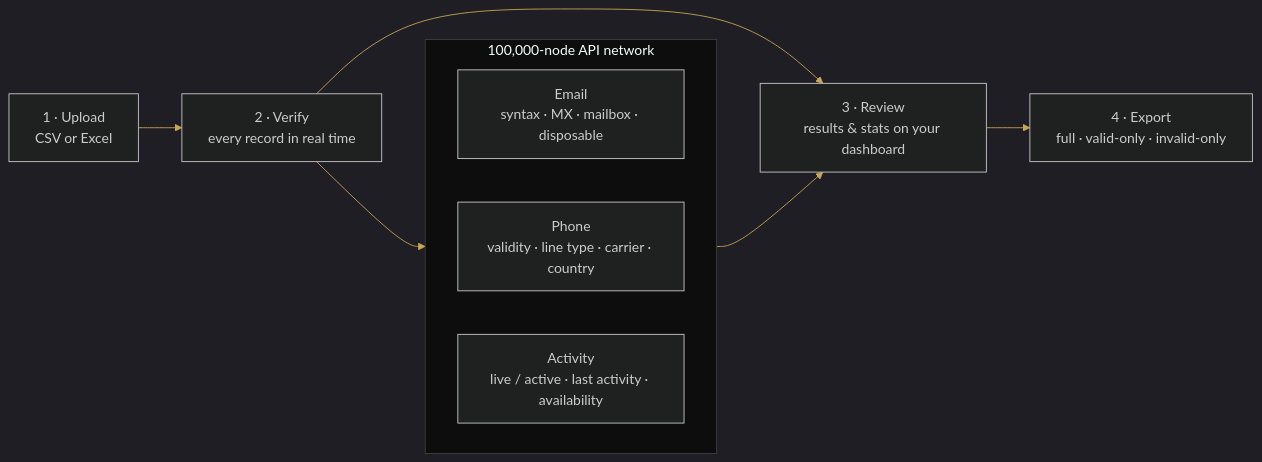
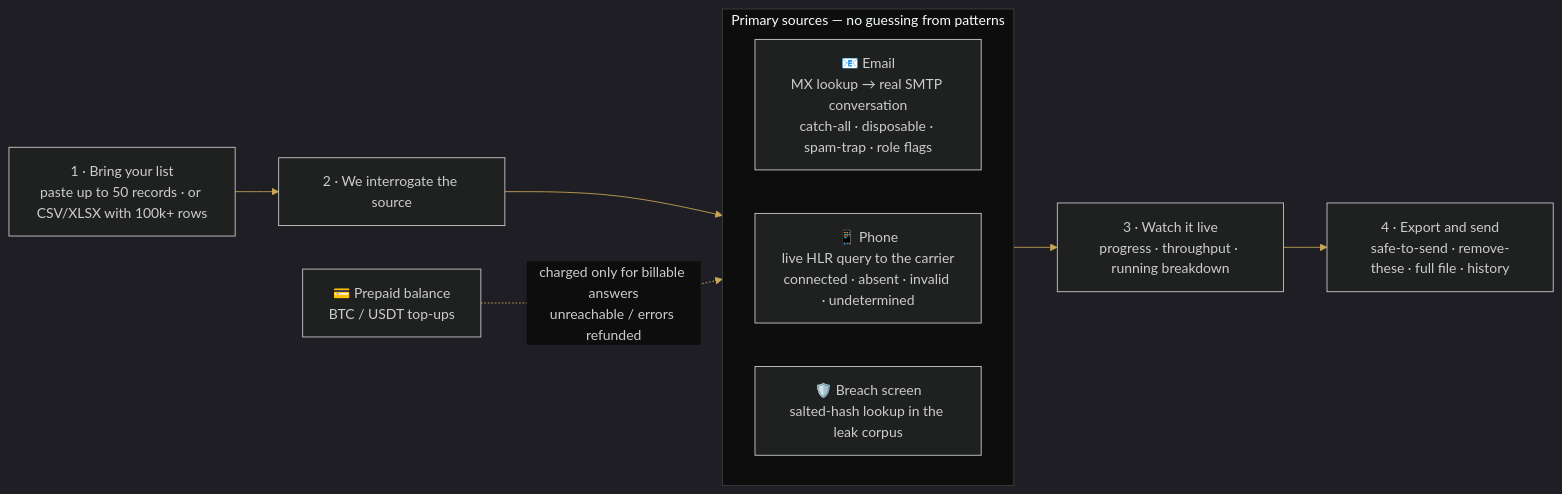
One commit to deepdrogo/verifhub-ai changed the diagram in README.md. Above: the diagram before and after it, drawn with Mermaid. The commit also changed other lines of this file and 10 other files, not shown here.

Commit message:
VerifHub AI — redesigned verifhub.ai: live SMTP + HLR, breach screening, result classes, new screenshots

````diff
--- a/README.md
+++ b/README.md
@@ -110,14 +174,14 @@
 ```mermaid
 %%{init: {'theme': 'dark', 'themeVariables': { 'primaryColor': '#1a1a1a', 'primaryTextColor': '#ffffff', 'primaryBorderColor': '#c9a855', 'lineColor': '#c9a855', 'secondaryColor': '#0d0d0d', 'tertiaryColor': '#0d0d0d', 'clusterBkg': '#0d0d0d', 'clusterBorder': '#404040', 'edgeLabelBackground': '#0d0d0d', 'fontFamily': 'Inter, Segoe UI, sans-serif' } } }%%
 flowchart LR
-    A["1 · Upload<br/>CSV or Excel"] --> B["2 · Verify<br/>every record in real time"]
-    B --> C["3 · Review<br/>results & stats on your dashboard"]
-    C --> D["4 · Export<br/>full · valid-only · invalid-only"]
-    subgraph Net["100,000-node API network"]
+    A["1 · Bring your list<br/>paste up to 50 records · or CSV/XLSX with 100k+ rows"] --> B["2 · We interrogate the source"]
+    subgraph SRC["Primary sources — no guessing from patterns"]
         direction LR
-        E["Email<br/>syntax · MX · mailbox · disposable"] 
-        P["Phone<br/>validity · line type · carrier · country"]
-        L["Activity<br/>live / active · last activity · availability"]
+        E["📧 Email<br/>MX lookup → real SMTP conversation<br/>catch-all · disposable · spam-trap · role flags"]
+        P["📱 Phone<br/>live HLR query to the carrier<br/>connected · absent · invalid · undetermined"]
+        L["🛡️ Breach screen<br/>salted-hash lookup in the leak corpus"]
     end
-    B --> Net --> C
+    B --> SRC --> C["3 · Watch it live<br/>progress · throughput · running breakdown"]
+    C --> D["4 · Export and send<br/>safe-to-send · remove-these · full file · history"]
+    W["💳 Prepaid balance<br/>BTC / USDT top-ups"] -. "charged only for billable answers<br/>unreachable / errors refunded" .-> SRC
 ```
````
